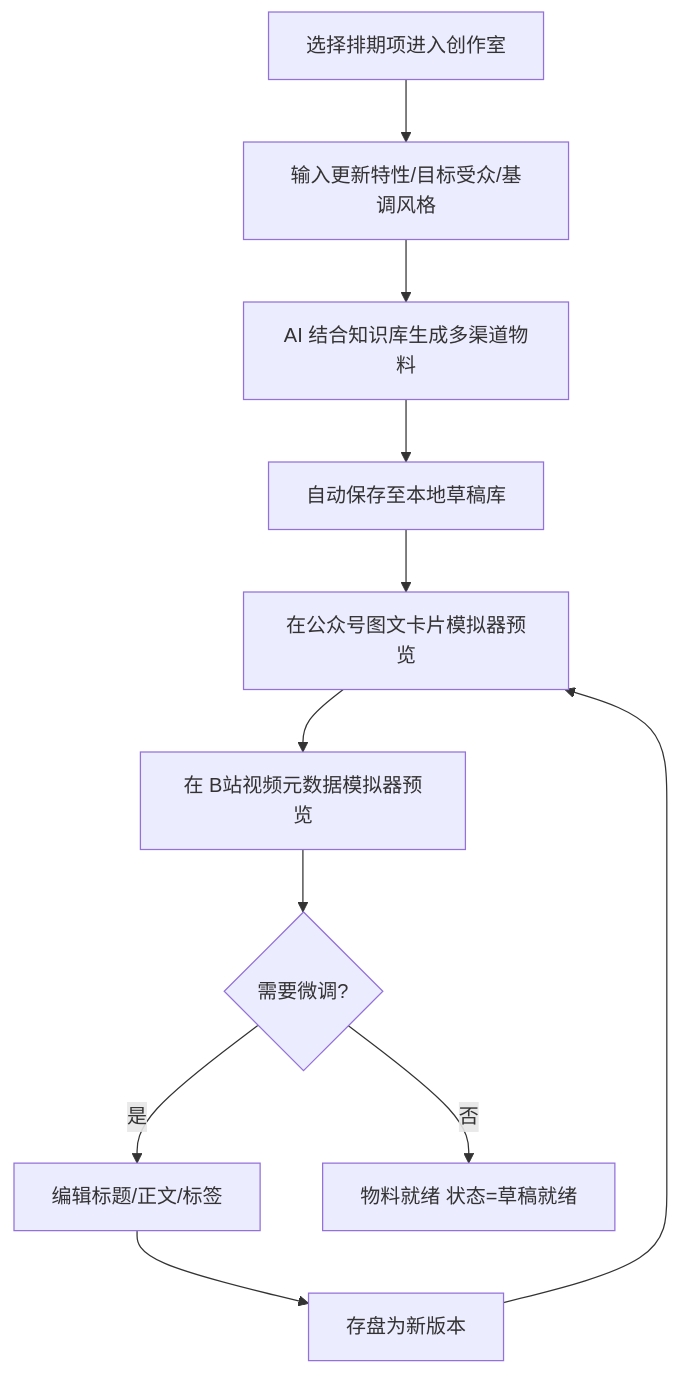
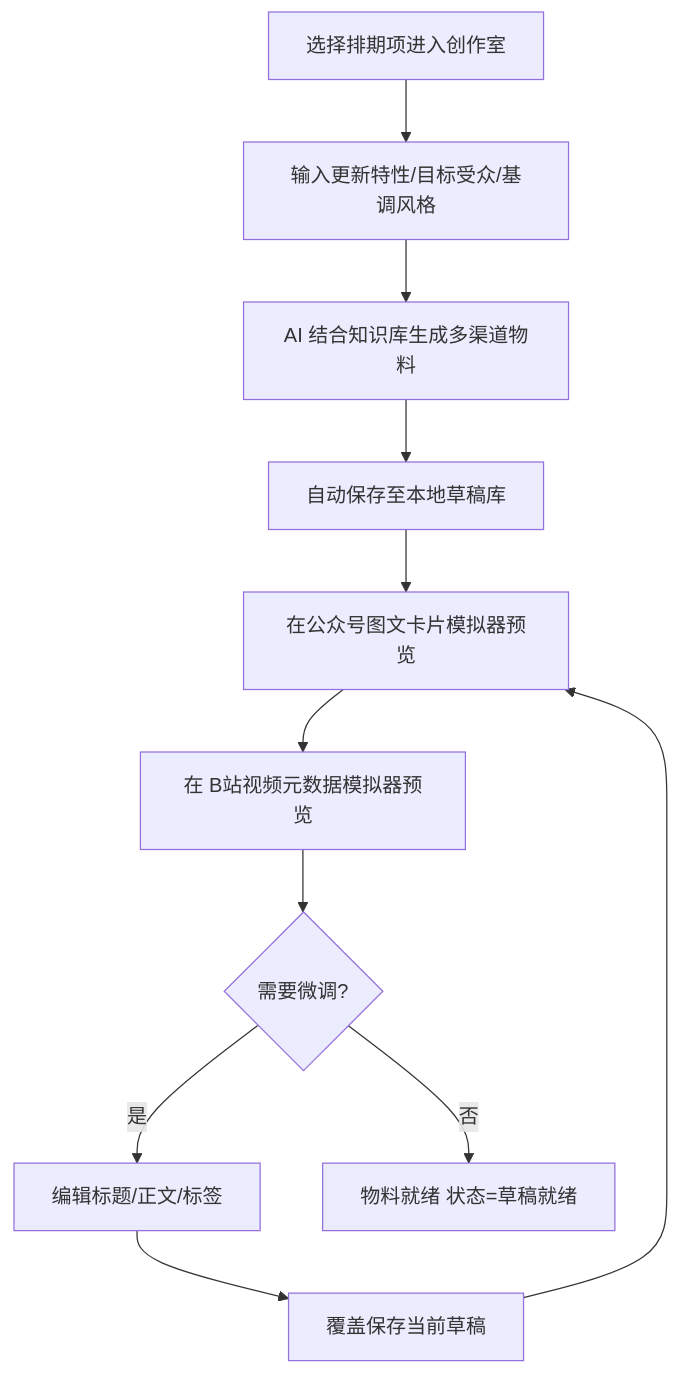
The fourth of 6 diagrams in .context/domain/user_journeys.md (InJoysAI/dsh-growth-studio), drawn with Mermaid before and after one commit. The commit also changed other lines of this file and 34 other files, not shown here.

Commit message:
refactor: synchronize project documentation and context files with latest architecture updates

````diff
--- a/.context/domain/user_journeys.md
+++ b/.context/domain/user_journeys.md
@@ -118,13 +119,13 @@
 ```mermaid
 graph TD
     A[选择排期项进入创作室] --> B[输入更新特性/目标受众/基调风格]
     B --> C[AI 结合知识库生成多渠道物料]
     C --> D[自动保存至本地草稿库]
     D --> E[在公众号图文卡片模拟器预览]
     E --> F[在 B站视频元数据模拟器预览]
     F --> G{需要微调?}
     G -- 是 --> H[编辑标题/正文/标签]
-    H --> I[存盘为新版本]
+    H --> I[覆盖保存当前草稿]
     I --> E
     G -- 否 --> J[物料就绪 状态=草稿就绪]
 ```
````
